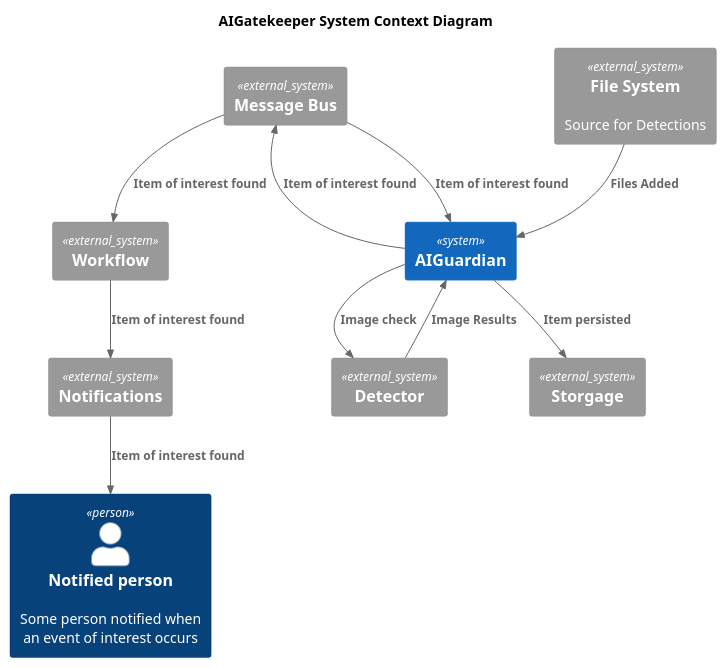
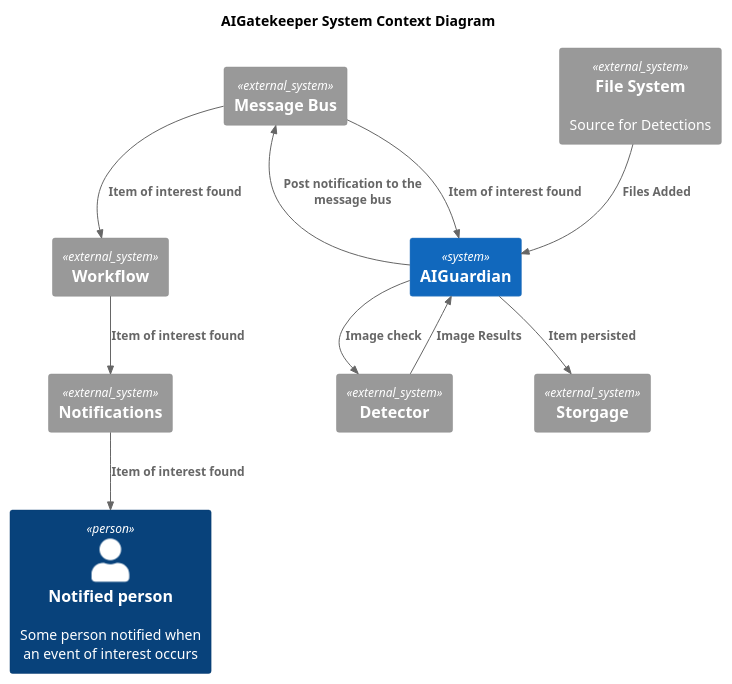
The diagram in diagrams/systemcontext.puml (johnhinz/AIGatekeeper), drawn with PlantUML before and after one commit.

Commit message:
Updated system context

```diff
--- a/diagrams/systemcontext.puml
+++ b/diagrams/systemcontext.puml
@@ -1,33 +1,33 @@
 @startuml 
 !includeurl https://raw.githubusercontent.com/RicardoNiepel/C4-PlantUML/master/C4_Context.puml
  
 title AIGatekeeper System Context Diagram 
 
 
  
 Person(recipient, "Notified person", "Some person notified when an event of interest occurs")
 
 System(guard, "AIGuardian")
 
 System_Ext(filesys, "File System", "Source for Detections")
 System_Ext(bus, "Message Bus")
 System_Ext(notification, "Notifications")
 System_Ext(workflow, "Workflow")
 System_Ext(persist, "Storgage")
 System_Ext(detect, "Detector")
 
 Rel(filesys, guard, "Files Added")
 
 Rel(guard, detect, "Image check")
 Rel(detect, guard, "Image Results")
 
-Rel(guard, bus, "Item of interest found")
+Rel(guard, bus, "Post notification to the message bus")
 Rel(bus, guard, "Item of interest found")
 Rel(bus, workflow, "Item of interest found")
 Rel(guard, persist, "Item persisted")
 Rel(workflow, notification, "Item of interest found")
 Rel(notification, recipient, "Item of interest found")
 
 
 
 @enduml
```
